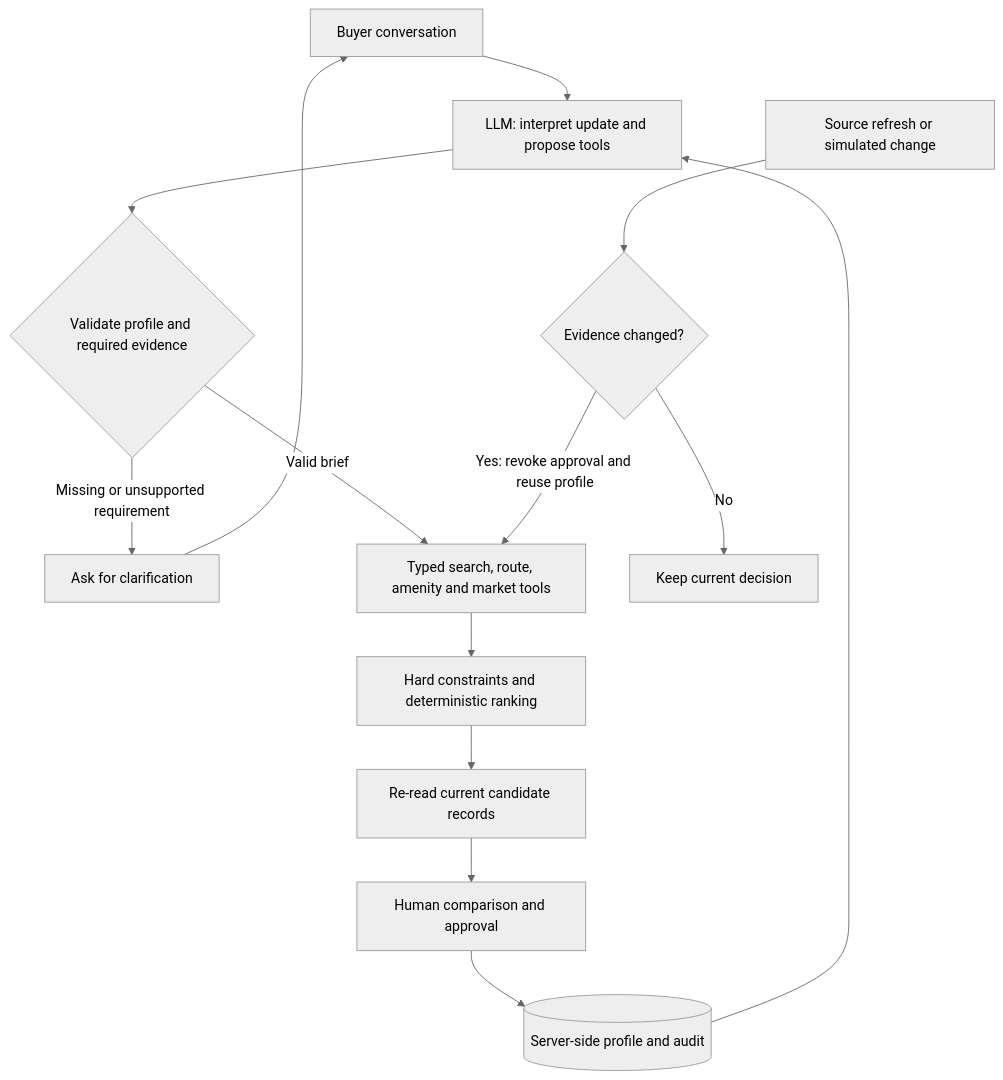
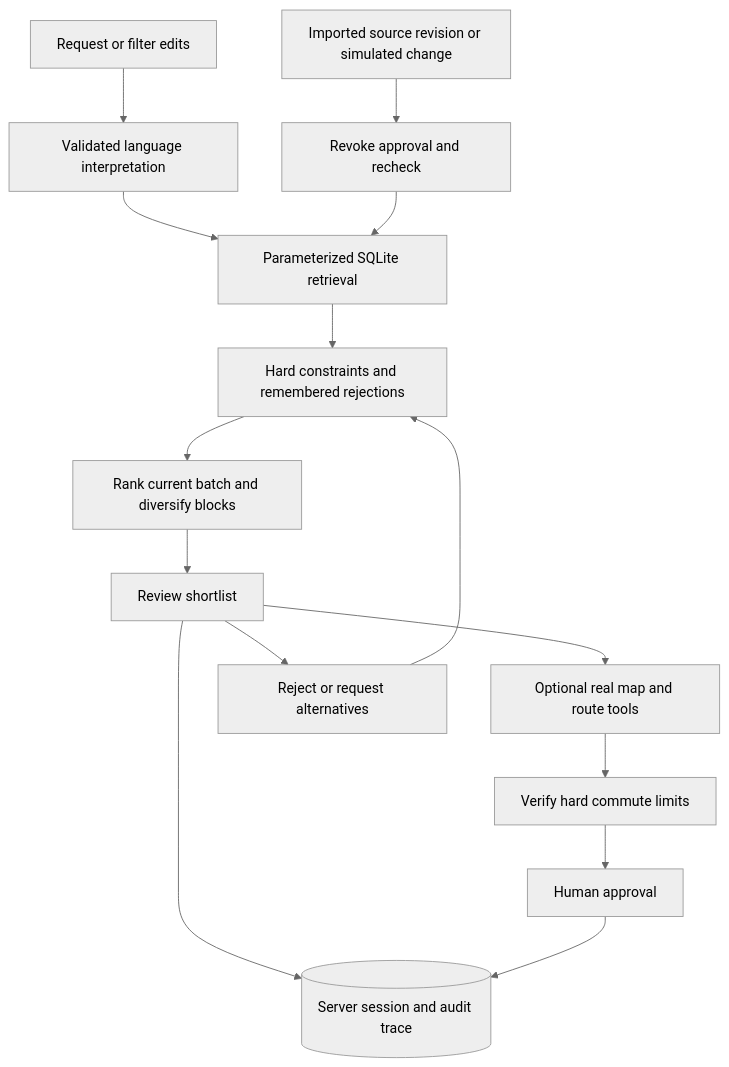
Before and after one commit to Skylarrr333/Show-me-your-agent: the diagram in README.md, drawn with Mermaid (neutral theme). The commit also changed other lines of this file and 41 other files, not shown here.

Commit message:
Integrate HDB home agent, feedback and real map journeys

````diff
--- a/README.md
+++ b/README.md
@@ -67,16 +75,17 @@
 ```mermaid
 flowchart TD
-    U[Buyer conversation] --> P[LLM: interpret update and propose tools]
-    S[(Server-side profile and audit)] --> P
-    P --> V{Validate profile and required evidence}
-    V -->|Missing or unsupported requirement| Q[Ask for clarification]
-    Q --> U
-    V -->|Valid brief| T[Typed search, route, amenity and market tools]
-    T --> R[Hard constraints and deterministic ranking]
-    R --> C[Re-read current candidate records]
-    C --> H[Human comparison and approval]
-    H --> S
-    E[Source refresh or simulated change] --> D{Evidence changed?}
-    D -->|Yes: revoke approval and reuse profile| T
-    D -->|No| K[Keep current decision]
+  U[Request or filter edits] --> L[Validated language interpretation]
+  L --> Q[Parameterized SQLite retrieval]
+  Q --> V[Hard constraints and remembered rejections]
+  V --> R[Rank current batch and diversify blocks]
+  R --> H[Review shortlist]
+  H --> M[Optional real map and route tools]
+  M --> C[Verify hard commute limits]
+  C --> A[Human approval]
+  H --> F[Reject or request alternatives]
+  F --> V
+  S[Imported source revision or simulated change] --> X[Revoke approval and recheck]
+  X --> Q
+  H --> D[(Server session and audit trace)]
+  A --> D
 ```
````
